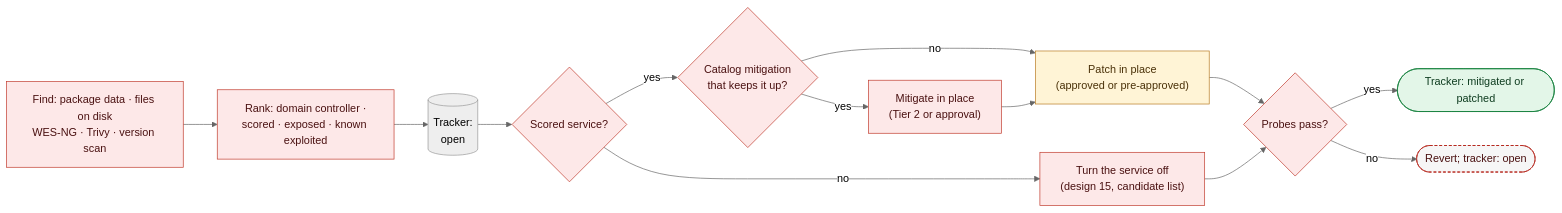
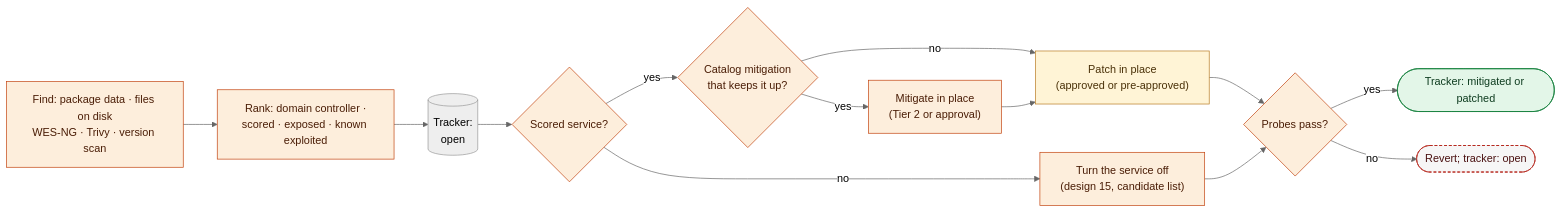
Before and after one commit to dotnetdork/Labyrinth: the diagram in docs/design/21-Vulnerability-Tracker-and-Mitigations.md, drawn with Mermaid (neutral theme). The commit also changed other lines of this file and 33 other files, not shown here.

````diff
--- a/docs/design/21-Vulnerability-Tracker-and-Mitigations.md
+++ b/docs/design/21-Vulnerability-Tracker-and-Mitigations.md
@@ -125,23 +137,23 @@
 ```mermaid
 flowchart LR
     F["Find: package data · files on disk<br/>WES-NG · Trivy · version scan"] --> R["Rank: domain controller ·<br/>scored · exposed · known exploited"]
     R --> T[("Tracker:<br/>open")]
     T --> SC{"Scored service?"}
     SC -->|no| OFF["Turn the service off<br/>(design 15, candidate list)"]
     SC -->|yes| M{"Catalog mitigation<br/>that keeps it up?"}
     M -->|yes| MIT["Mitigate in place<br/>(Tier 2 or approval)"]
     M -->|no| PA["Patch in place<br/>(approved or pre-approved)"]
     MIT --> PA
     PA --> V{"Probes pass?"}
     OFF --> V
     V -->|yes| DONE(["Tracker: mitigated or patched"])
     V -->|no| BACK(["Revert; tracker: open"])
-    classDef lockout fill:#fde8e8,stroke:#c0392b,color:#4a1111
+    classDef harden fill:#fdeedc,stroke:#c2410c,color:#4a1d06
     classDef human fill:#fff4d6,stroke:#b7791f,color:#4a3108
     classDef ok fill:#e3f6e8,stroke:#15803d,color:#0f3d20
     classDef stop fill:#f6f6f6,stroke:#b42318,color:#4a1111,stroke-dasharray:4 3
-    class F,R,OFF,MIT,SC,M,V lockout
+    class F,R,OFF,MIT,SC,M,V harden
     class PA human
     class DONE ok
     class BACK stop
 ```
````
